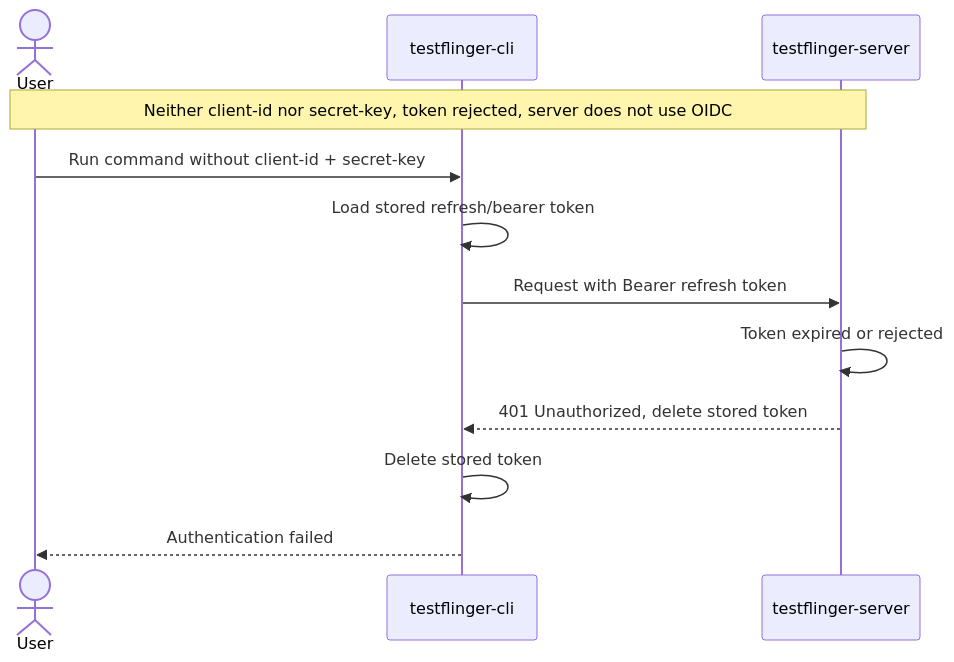
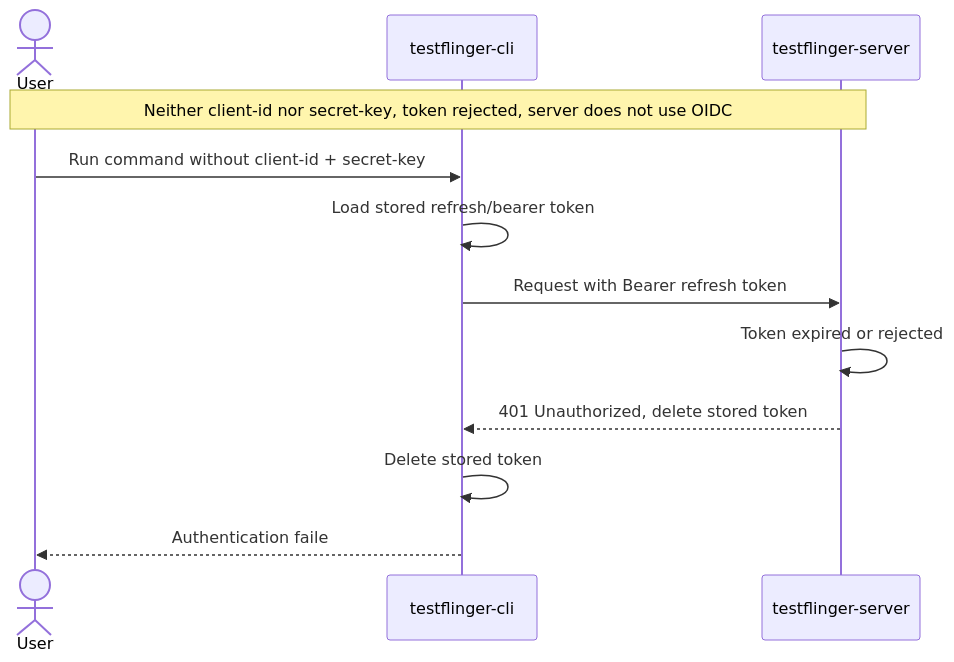
Before and after one commit to canonical/testflinger: the fifth of 7 diagrams in docs/explanation/authentication.rst, drawn with Mermaid. The commit also changed other lines of this file and 1 other file, not shown here.

```diff
--- a/docs/explanation/authentication.rst
+++ b/docs/explanation/authentication.rst
@@ -149,18 +149,18 @@
 .. mermaid::
     :alt: Sequence diagram showing a refresh token being rejected and the user being denied access
     :caption: Sequence diagram showing a refresh token being rejected and the user being denied access
     :align: center
 
     sequenceDiagram
         actor User
         participant CLI as testflinger-cli
         participant Server as testflinger-server
 
         Note over User,Server: Neither client-id nor secret-key, token rejected, server does not use OIDC
         User->>CLI: Run command without client-id + secret-key
         CLI->>CLI: Load stored refresh/bearer token
         CLI->>Server: Request with Bearer refresh token
         Server->>Server: Token expired or rejected
         Server-->>CLI: 401 Unauthorized, delete stored token
         CLI->>CLI: Delete stored token
-        CLI-->>User: Authentication failed
+        CLI-->>User: Authentication faile
```
